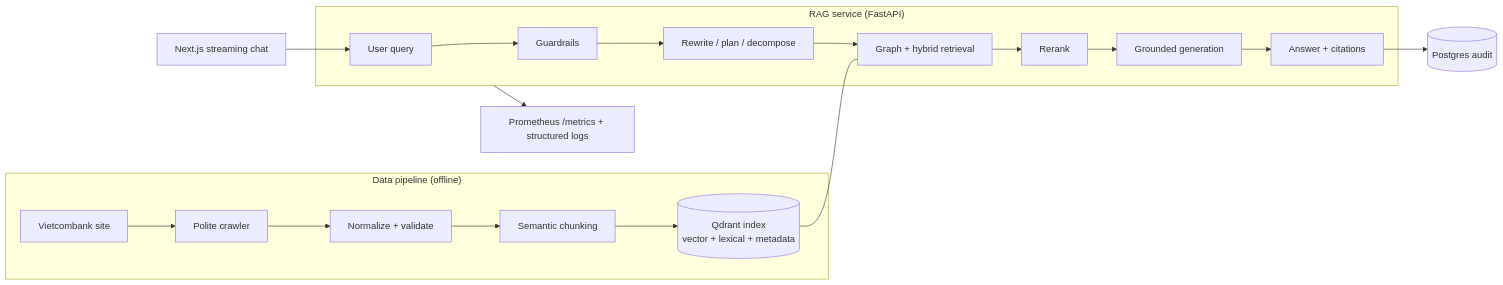
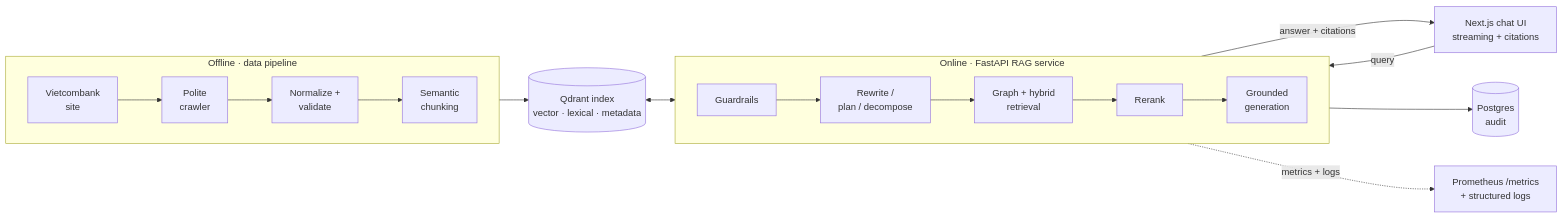
One commit to lamhoangphuc2003st/banking-rag-chatbot changed the diagram in README.md. Above: the diagram before and after it, drawn with Mermaid. The commit also changed other lines of this file, not shown here.

Commit message:
docs(readme): redesign architecture diagram for readability

````diff
--- a/README.md
+++ b/README.md
@@ -35,16 +35,25 @@
 ```mermaid
 flowchart LR
-    subgraph Offline["Data pipeline (offline)"]
-        W[Vietcombank site] --> C[Polite crawler] --> N[Normalize + validate]
-        N --> K[Semantic chunking] --> IX[(Qdrant index<br/>vector + lexical + metadata)]
+    UI["Next.js chat UI<br/>streaming + citations"]
+
+    subgraph Online["Online · FastAPI RAG service"]
+        direction LR
+        G["Guardrails"] --> R["Rewrite /<br/>plan / decompose"] --> H["Graph + hybrid<br/>retrieval"] --> RR["Rerank"] --> GEN["Grounded<br/>generation"]
     end
-    subgraph Online["RAG service (FastAPI)"]
-        Q[User query] --> G[Guardrails] --> R[Rewrite / plan / decompose]
-        R --> H[Graph + hybrid retrieval] --> RR[Rerank] --> GEN[Grounded generation]
-        GEN --> A[Answer + citations]
+
+    subgraph Offline["Offline · data pipeline"]
+        direction LR
+        W["Vietcombank<br/>site"] --> C["Polite<br/>crawler"] --> N["Normalize +<br/>validate"] --> K["Semantic<br/>chunking"]
     end
-    IX --- H
-    A --> AUD[(Postgres audit)]
-    Online --> OBS[Prometheus /metrics + structured logs]
-    UI[Next.js streaming chat] --> Q
+
+    IX[("Qdrant index<br/>vector · lexical · metadata")]
+    PG[("Postgres<br/>audit")]
+    OBS["Prometheus /metrics<br/>+ structured logs"]
+
+    UI -->|query| G
+    GEN -->|answer + citations| UI
+    K --> IX
+    IX <--> H
+    GEN --> PG
+    Online -.->|metrics + logs| OBS
 ```
````
